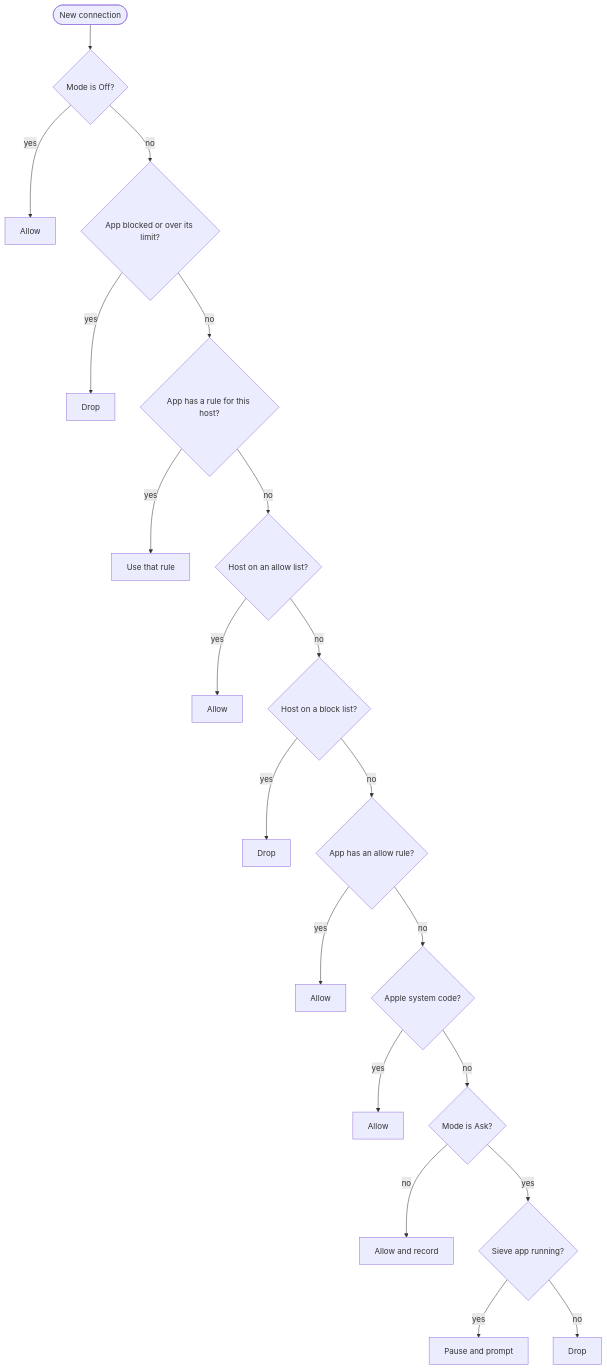
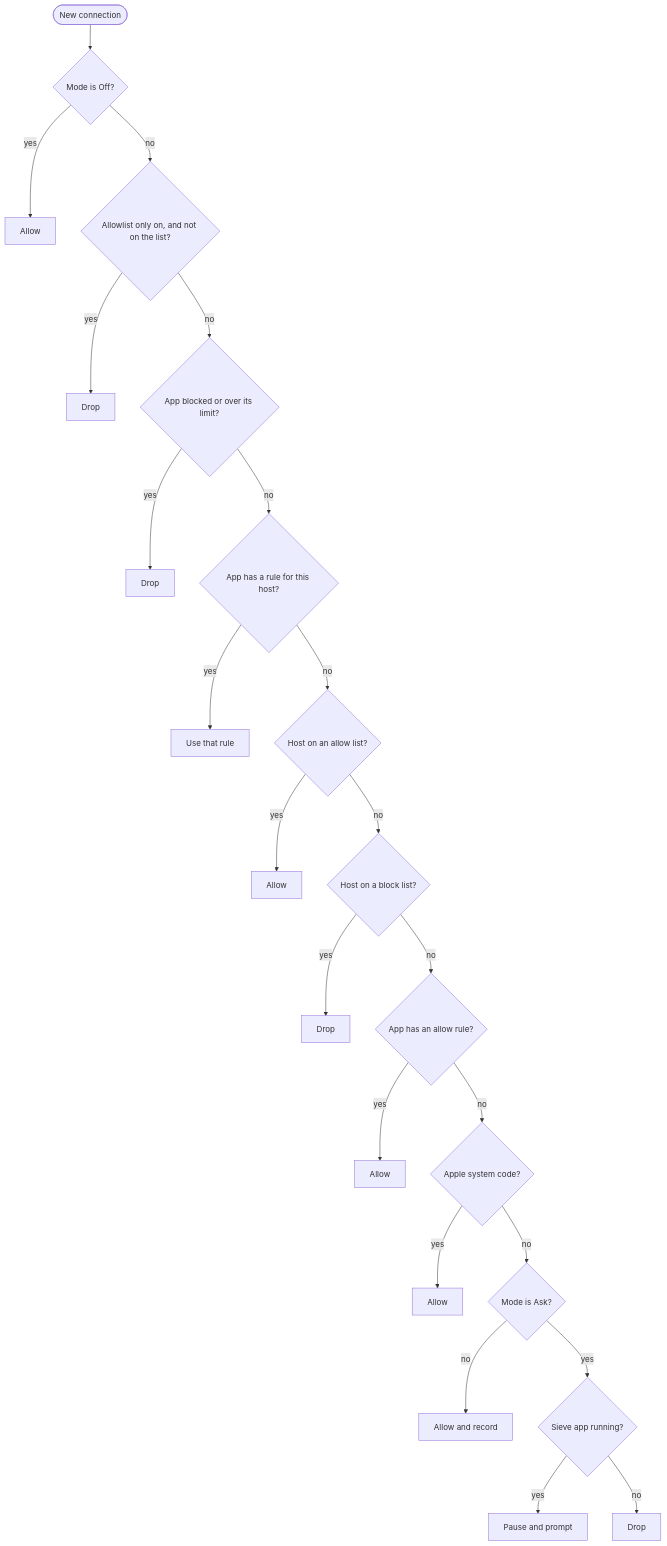
One commit to pilinux/sieve changed the second of 2 diagrams in README.md. Above: the diagram before and after it, drawn with Mermaid. The commit also changed other lines of this file and 23 other files, not shown here.

Commit message:
security: add Allowlist only and settings lock

````diff
--- a/README.md
+++ b/README.md
@@ -413,22 +465,24 @@
 ```mermaid
 flowchart TD
   start(["New connection"]) --> off{"Mode is Off?"}
   off -- yes --> allow1["Allow"]
-  off -- no --> blocked{"App blocked or over its limit?"}
+  off -- no --> fence{"Allowlist only on, and not on the list?"}
+  fence -- yes --> drop0["Drop"]
+  fence -- no --> blocked{"App blocked or over its limit?"}
   blocked -- yes --> drop1["Drop"]
   blocked -- no --> hostRule{"App has a rule for this host?"}
   hostRule -- yes --> useRule["Use that rule"]
   hostRule -- no --> allowList{"Host on an allow list?"}
   allowList -- yes --> allow2["Allow"]
   allowList -- no --> blockList{"Host on a block list?"}
   blockList -- yes --> drop2["Drop"]
   blockList -- no --> appAllow{"App has an allow rule?"}
   appAllow -- yes --> allow3["Allow"]
   appAllow -- no --> apple{"Apple system code?"}
   apple -- yes --> allow4["Allow"]
   apple -- no --> ask{"Mode is Ask?"}
   ask -- no --> quiet["Allow and record"]
   ask -- yes --> running{"Sieve app running?"}
   running -- yes --> prompt["Pause and prompt"]
   running -- no --> drop3["Drop"]
 ```
````
